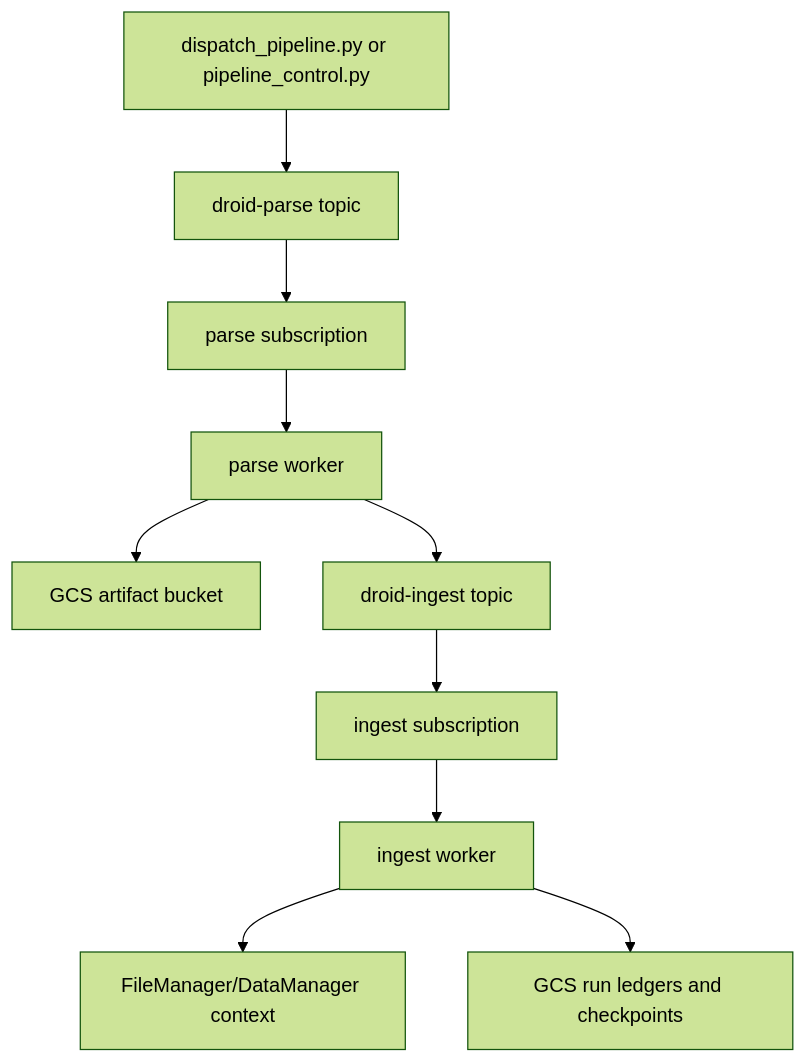
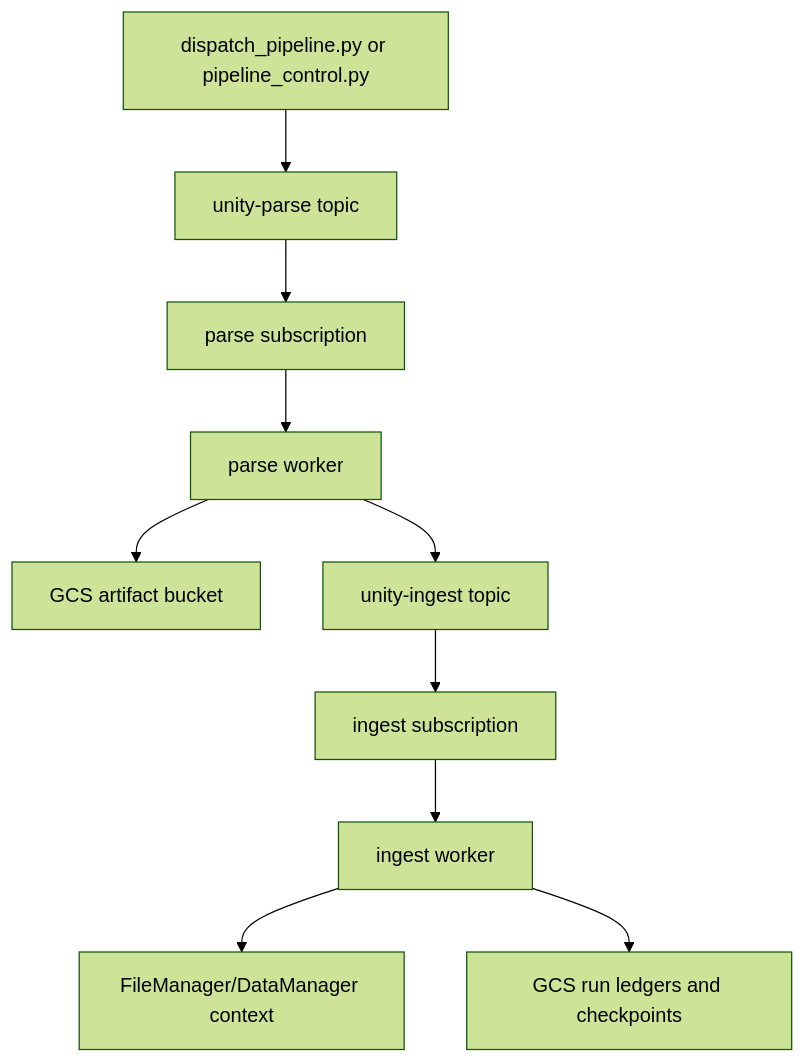
One commit to unifyai/unify-deploy changed the diagram in deploy/guides/PIPELINE_OPERATIONS.md. Above: the diagram before and after it, drawn with Mermaid (forest theme). The commit also changed other lines of this file and 827 other files, not shown here.

Commit message:
Rename droid -> unity (blanket consolidation): unity_deploy package, imports, DROID_* env vars, droid-* resource strings, k8s/cloudbuild/selfhost. Already-unity immutables untouched. Code only.

````diff
--- a/deploy/guides/PIPELINE_OPERATIONS.md
+++ b/deploy/guides/PIPELINE_OPERATIONS.md
@@ -41,12 +41,12 @@
 ```mermaid
 flowchart TB
-    dispatch["dispatch_pipeline.py or pipeline_control.py"] --> parseTopic["droid-parse topic"]
+    dispatch["dispatch_pipeline.py or pipeline_control.py"] --> parseTopic["unity-parse topic"]
     parseTopic --> parseSub["parse subscription"]
     parseSub --> parseWorker["parse worker"]
     parseWorker --> artifacts["GCS artifact bucket"]
-    parseWorker --> ingestTopic["droid-ingest topic"]
+    parseWorker --> ingestTopic["unity-ingest topic"]
     ingestTopic --> ingestSub["ingest subscription"]
     ingestSub --> ingestWorker["ingest worker"]
     ingestWorker --> dataManager["FileManager/DataManager context"]
     ingestWorker --> ledgers["GCS run ledgers and checkpoints"]
 ```
````
